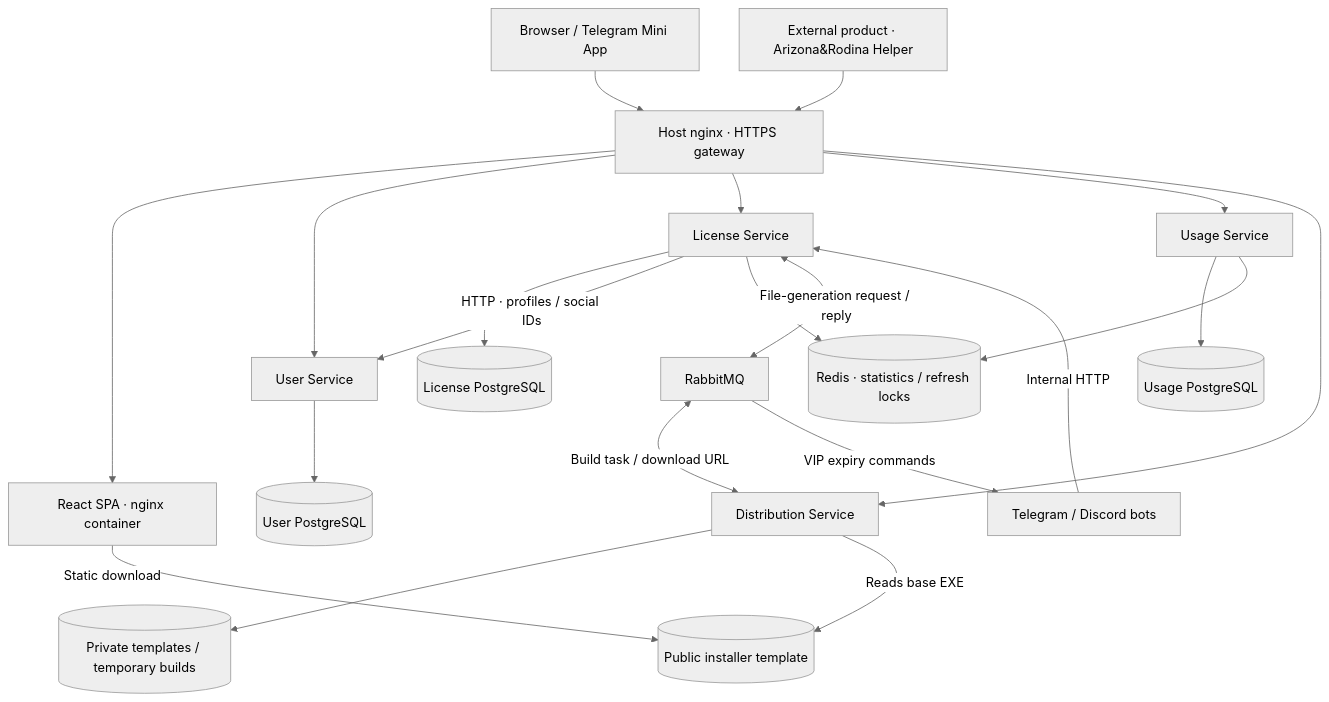
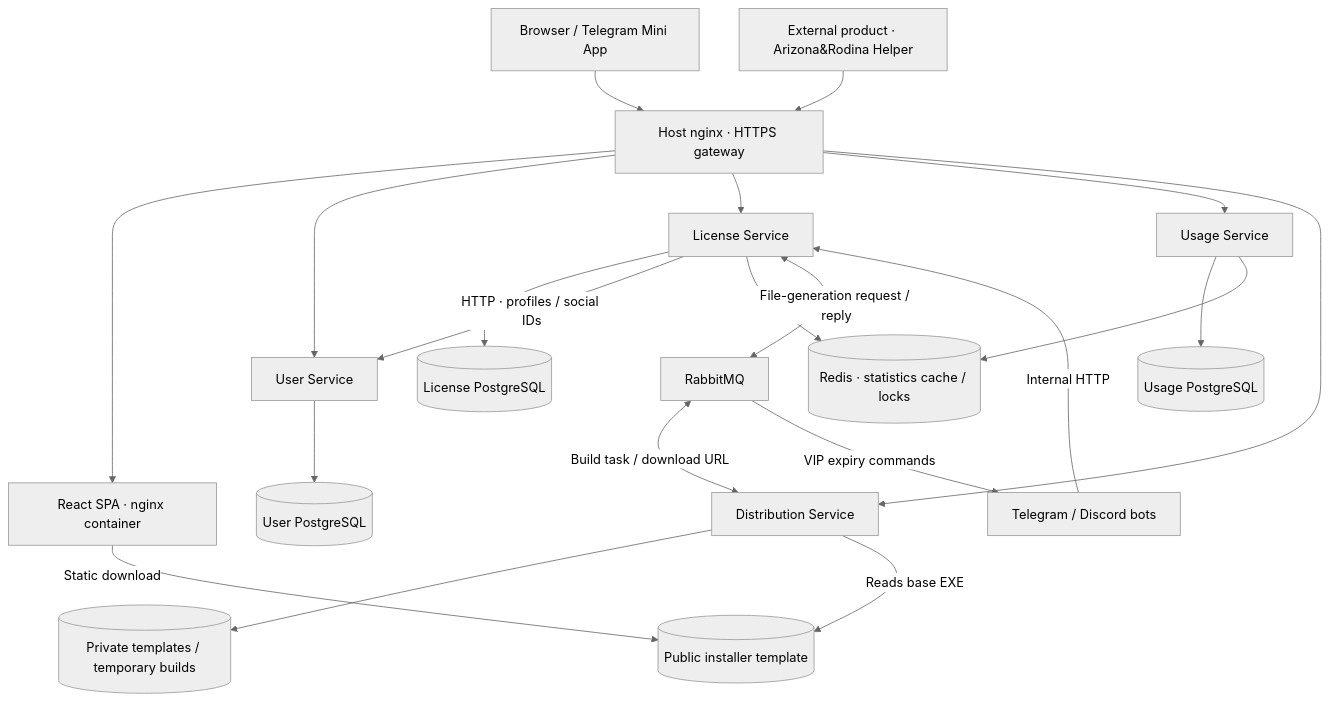
The first of 2 diagrams in README.md (MTGMODS/license-management-platform), drawn with Mermaid (neutral theme) before and after one commit. The commit also changed other lines of this file, not shown here.

Commit message:
docs: enhance README for clarity on platform features and architecture

````diff
--- a/README.md
+++ b/README.md
@@ -69,23 +69,23 @@
 ```mermaid
 flowchart TB
     Browser["Browser / Telegram Mini App"] --> Gateway["Host nginx · HTTPS gateway"]
     Product["External product · Arizona&Rodina Helper"] --> Gateway
     Gateway --> Web["React SPA · nginx container"]
     Gateway --> User["User Service"]
     Gateway --> License["License Service"]
     Gateway --> Usage["Usage Service"]
     Gateway --> Distribution["Distribution Service"]
     User --> UserDB[("User PostgreSQL")]
     License --> LicenseDB[("License PostgreSQL")]
     Usage --> UsageDB[("Usage PostgreSQL")]
     License -->|"HTTP · profiles / social IDs"| User
-    License --> Redis[("Redis · statistics / refresh locks")]
+    License --> Redis[("Redis · statistics cache / locks")]
     Usage --> Redis
     License <-->|"File-generation request / reply"| Rabbit["RabbitMQ"]
     Rabbit <-->|"Build task / download URL"| Distribution
     Distribution --> Files[("Private templates / temporary builds")]
     Web -->|"Static download"| Installer[("Public installer template")]
     Distribution -->|"Reads base EXE"| Installer
     Rabbit -->|"VIP expiry commands"| Bots["Telegram / Discord bots"]
     Bots -->|"Internal HTTP"| License
 ```
````
